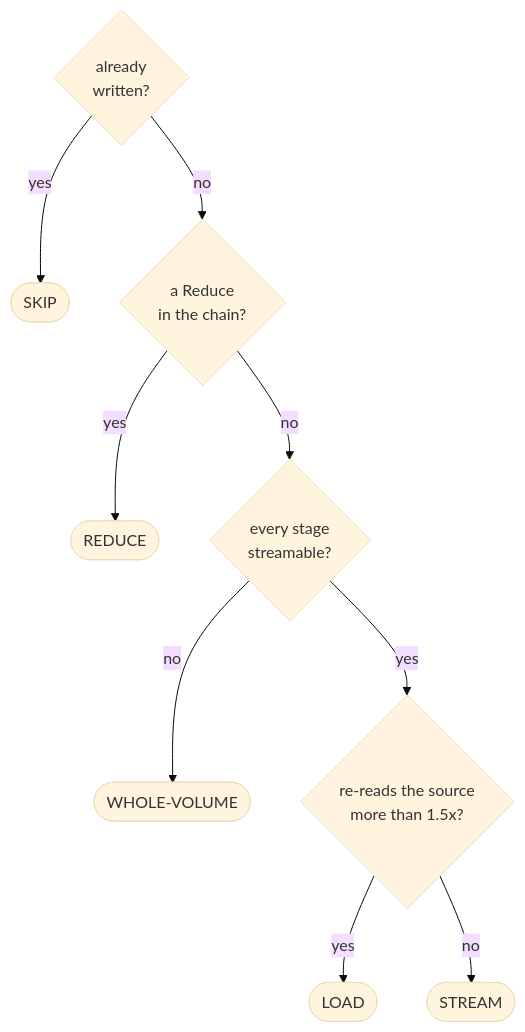
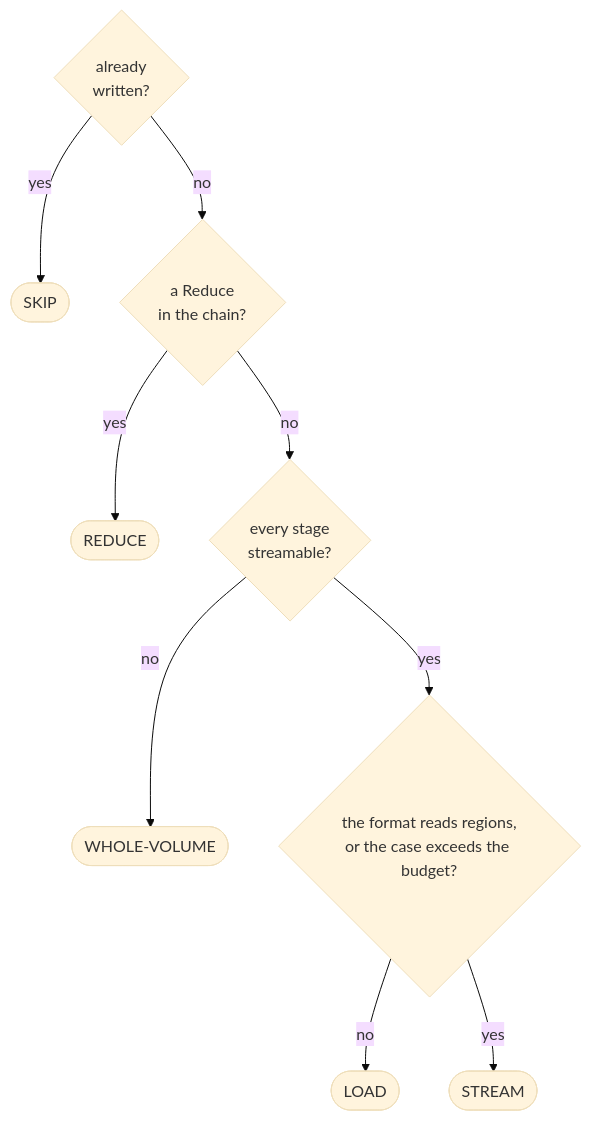
Before and after one commit to fideus-labs/KonfAI: the second of 2 diagrams in docs/source/usage/making-data.md, drawn with Mermaid (base theme). The commit also changed other lines of this file and 21 other files, not shown here.

````diff
--- a/docs/source/usage/making-data.md
+++ b/docs/source/usage/making-data.md
@@ -143,12 +134,12 @@
 ```{mermaid}
 flowchart TB
     A{already<br/>written?} -- yes --> SKIP([SKIP]):::skip
     A -- no --> B{a Reduce<br/>in the chain?}
     B -- yes --> RED([REDUCE]):::fold
     B -- no --> C{every stage<br/>streamable?}
     C -- no --> WV([WHOLE-VOLUME]):::load
-    C -- yes --> D{re-reads the source<br/>more than 1.5x?}
-    D -- yes --> LOAD([LOAD]):::load
-    D -- no --> STR([STREAM]):::stream
+    C -- yes --> D{the format reads regions,<br/>or the case exceeds the budget?}
+    D -- no --> LOAD([LOAD]):::load
+    D -- yes --> STR([STREAM]):::stream
 
 ```
````
